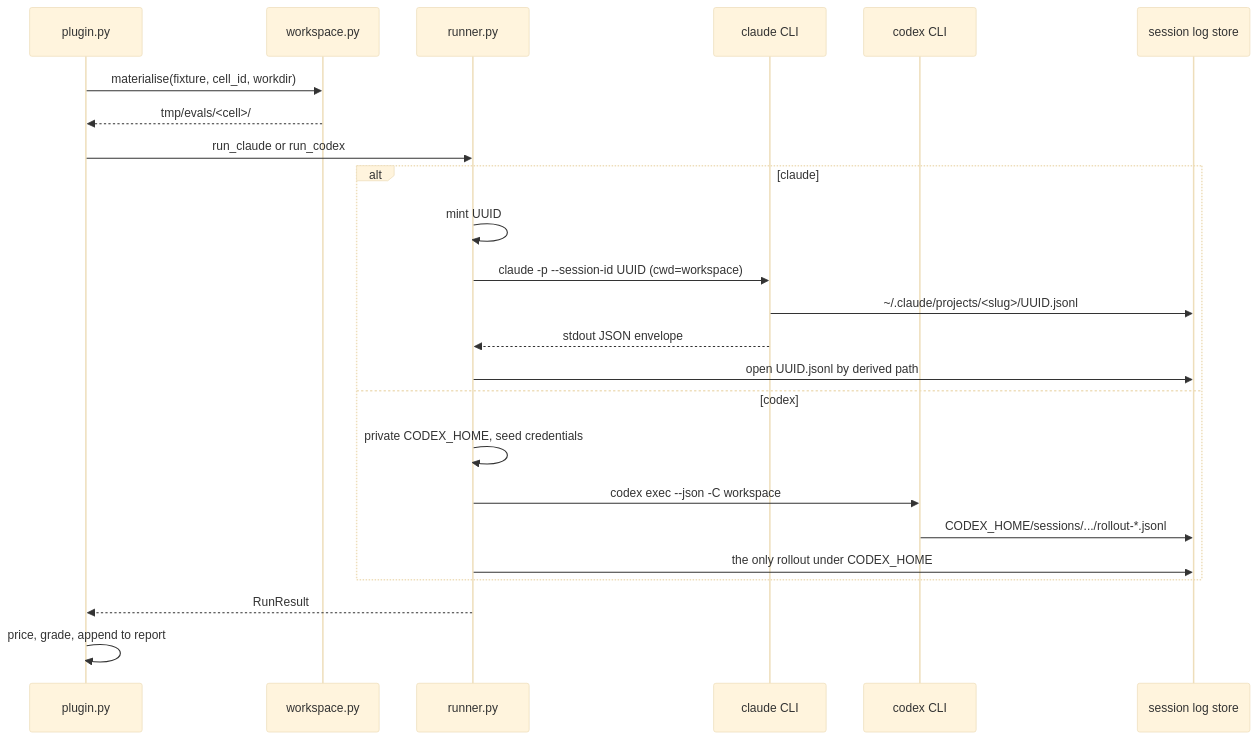
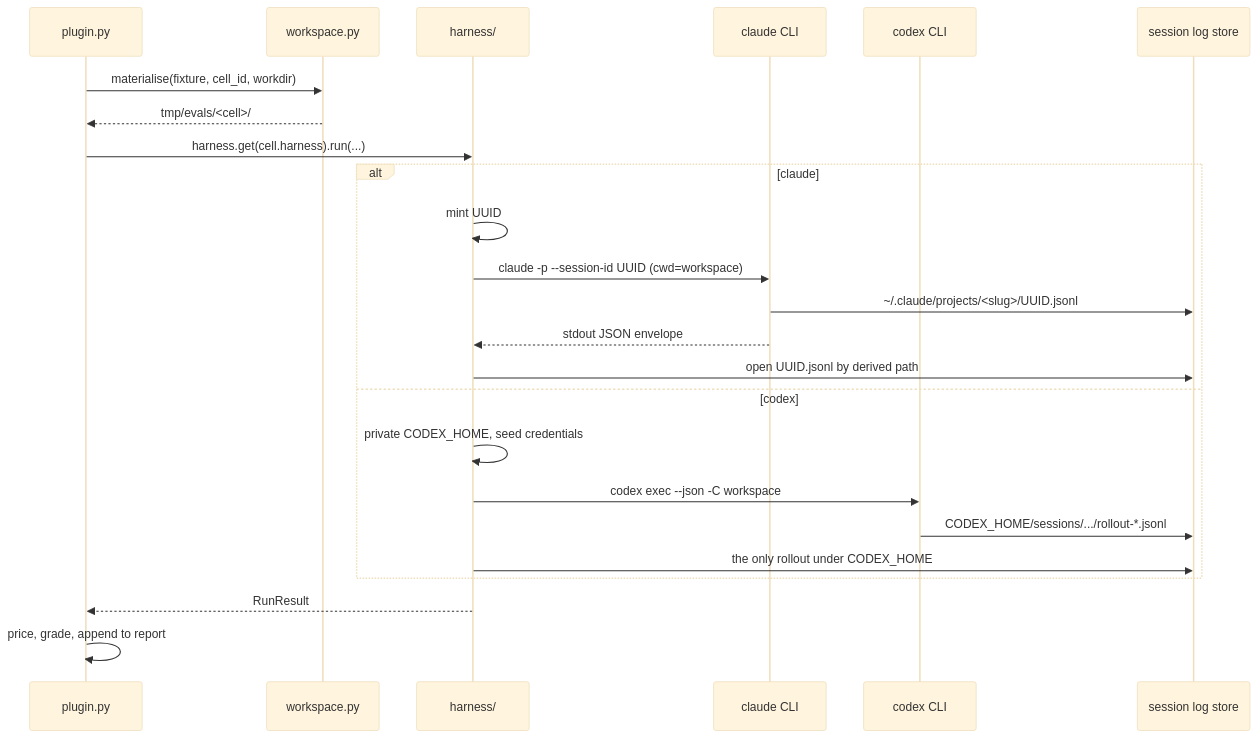
Before and after one commit to neozenith/pytest-xharness-eval: the second of 3 diagrams in ARCHITECTURE.md, drawn with Mermaid (base theme). The commit also changed other lines of this file and 124 other files, not shown here.

````diff
--- a/ARCHITECTURE.md
+++ b/ARCHITECTURE.md
@@ -42,27 +46,27 @@
 ```mermaid
 sequenceDiagram
     participant P as plugin.py
     participant W as workspace.py
-    participant R as runner.py
+    participant R as harness/
     participant C as claude CLI
     participant X as codex CLI
     participant S as session log store
 
     P->>W: materialise(fixture, cell_id, workdir)
     W-->>P: tmp/evals/<cell>/
-    P->>R: run_claude or run_codex
+    P->>R: harness.get(cell.harness).run(...)
     alt claude
         R->>R: mint UUID
         R->>C: claude -p --session-id UUID (cwd=workspace)
         C->>S: ~/.claude/projects/<slug>/UUID.jsonl
         C-->>R: stdout JSON envelope
         R->>S: open UUID.jsonl by derived path
     else codex
         R->>R: private CODEX_HOME, seed credentials
         R->>X: codex exec --json -C workspace
         X->>S: CODEX_HOME/sessions/.../rollout-*.jsonl
         R->>S: the only rollout under CODEX_HOME
     end
     R-->>P: RunResult
     P->>P: price, grade, append to report
 ```
````
